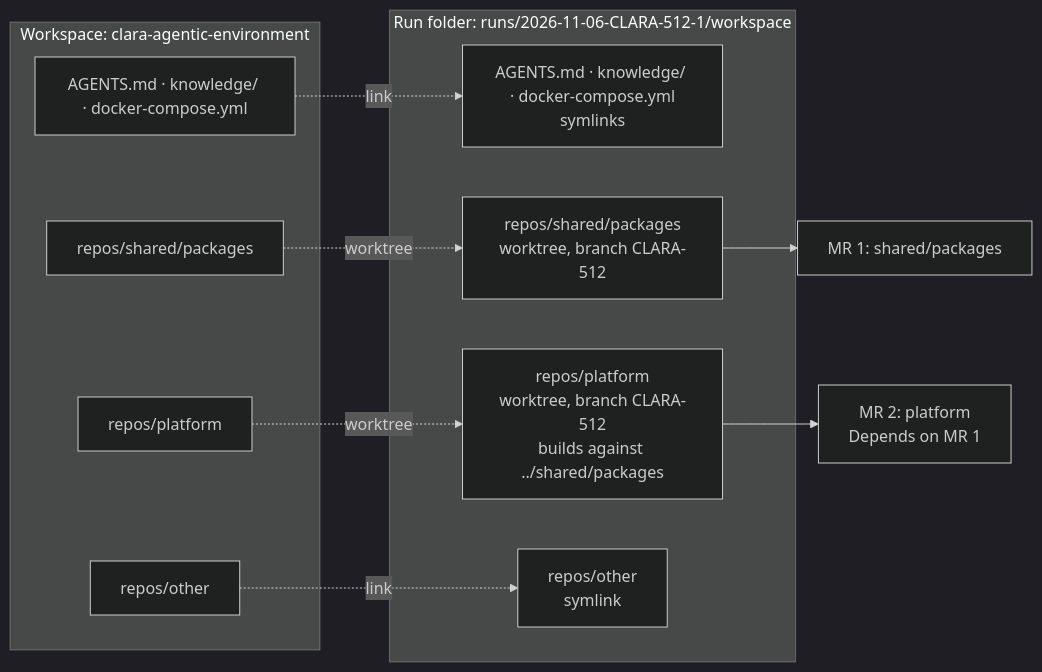
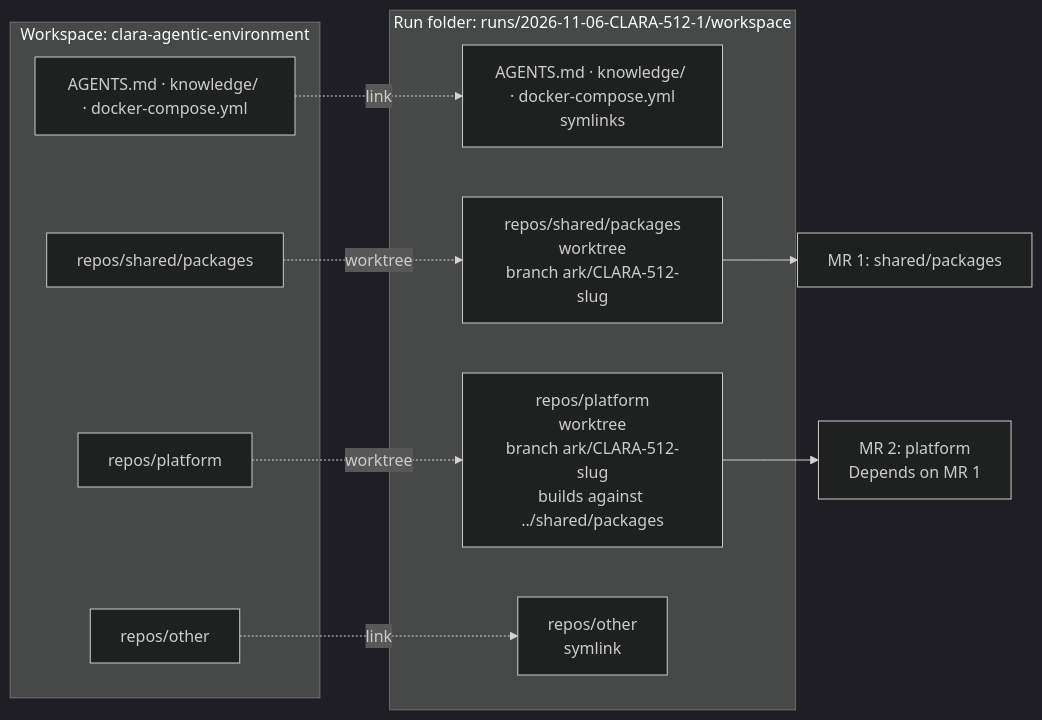
Before and after one commit to cobekarhoff/ark: the fourth of 5 diagrams in docs/explanation/architecture.md, drawn with Mermaid (dark theme). The commit also changed other lines of this file and 36 other files, not shown here.

````diff
--- a/docs/explanation/architecture.md
+++ b/docs/explanation/architecture.md
@@ -123,21 +204,21 @@
 ```mermaid
 flowchart LR
   subgraph ws[Workspace: clara-agentic-environment]
     k1[AGENTS.md · knowledge/ · docker-compose.yml]
     r1[repos/shared/packages]
     r2[repos/platform]
     r3[repos/other]
   end
   subgraph run[Run folder: runs/2026-11-06-CLARA-512-1/workspace]
     k2[AGENTS.md · knowledge/ · docker-compose.yml<br/>symlinks]
-    w1[repos/shared/packages<br/>worktree, branch CLARA-512]
-    w2[repos/platform<br/>worktree, branch CLARA-512<br/>builds against ../shared/packages]
+    w1[repos/shared/packages<br/>worktree<br/>branch ark/CLARA-512-slug]
+    w2[repos/platform<br/>worktree<br/>branch ark/CLARA-512-slug<br/>builds against ../shared/packages]
     l3[repos/other<br/>symlink]
   end
   r1 -. worktree .-> w1
   r2 -. worktree .-> w2
   k1 -. link .-> k2
   r3 -. link .-> l3
   w1 --> mr1[MR 1: shared/packages]
   w2 --> mr2[MR 2: platform<br/>Depends on MR 1]
 ```
````
